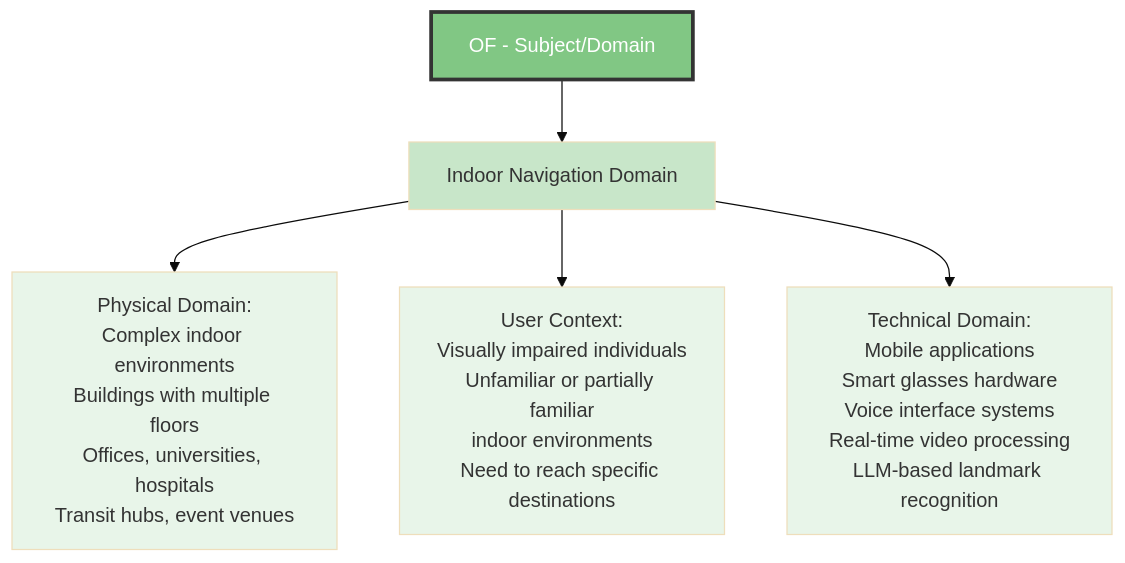
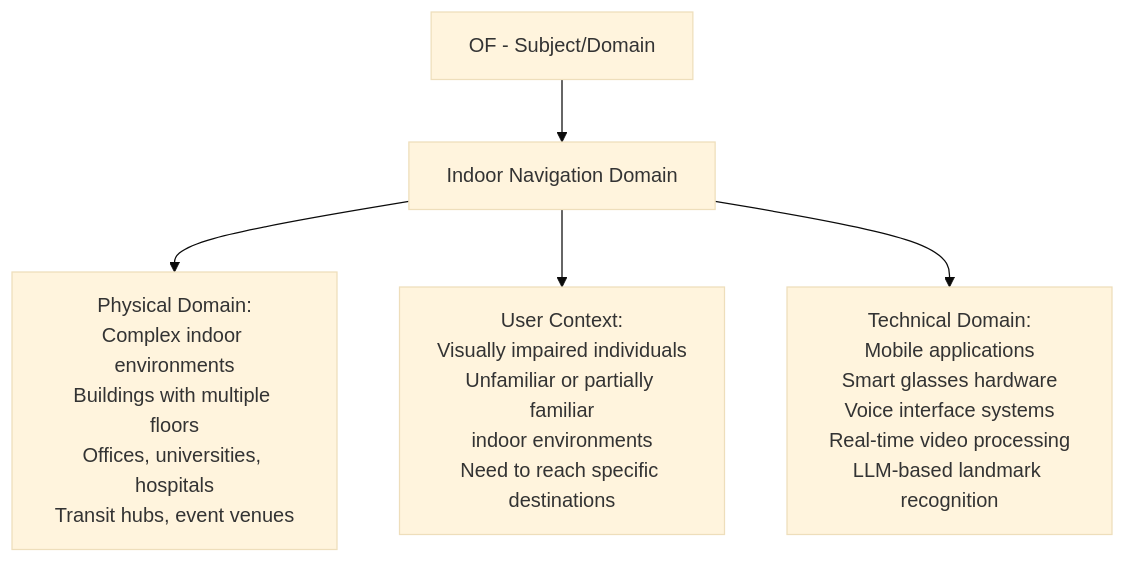
The second of 11 diagrams in docs/Project 2/WRS Project 2.md (phamleduy04/se4351-mobile-f25), drawn with Mermaid (base theme) before and after one commit. The commit also changed other lines of this file, not shown here.

````diff
--- a/docs/Project 2/WRS Project 2.md
+++ b/docs/Project 2/WRS Project 2.md
@@ -44,24 +40,18 @@
 ```mermaid
 graph TB
     OF["OF - Subject/Domain"]
     
     DOMAIN["Indoor Navigation Domain"]
     
     OF --> DOMAIN
     
     ENV1["Physical Domain:<br/>Complex indoor environments<br/>Buildings with multiple floors<br/>Offices, universities, hospitals<br/>Transit hubs, event venues"]
     
     ENV2["User Context:<br/>Visually impaired individuals<br/>Unfamiliar or partially familiar<br/>indoor environments<br/>Need to reach specific destinations"]
     
     ENV3["Technical Domain:<br/>Mobile applications<br/>Smart glasses hardware<br/>Voice interface systems<br/>Real-time video processing<br/>LLM-based landmark recognition"]
     
     DOMAIN --> ENV1
     DOMAIN --> ENV2
     DOMAIN --> ENV3
-    
-    style OF fill:#81C784,stroke:#333,stroke-width:3px,color:#fff
-    style DOMAIN fill:#C8E6C9
-    style ENV1 fill:#E8F5E9
-    style ENV2 fill:#E8F5E9
-    style ENV3 fill:#E8F5E9
 ```
````
